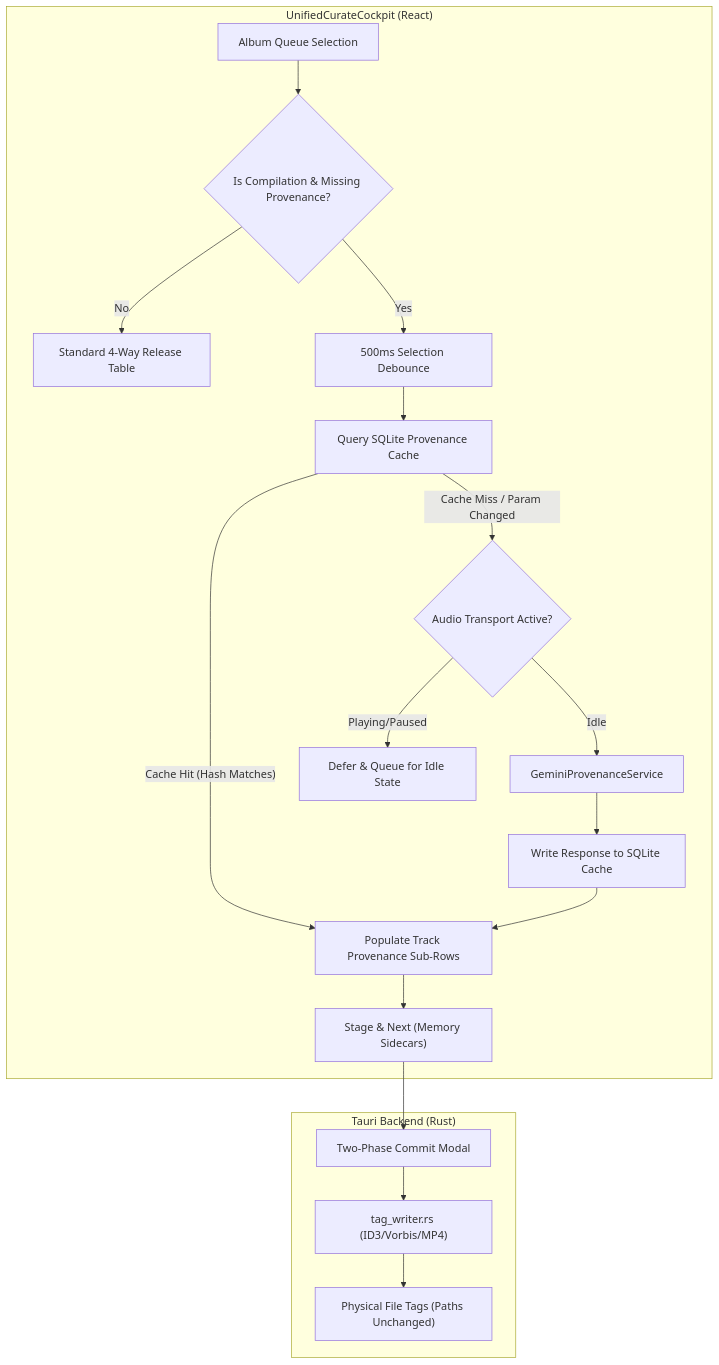
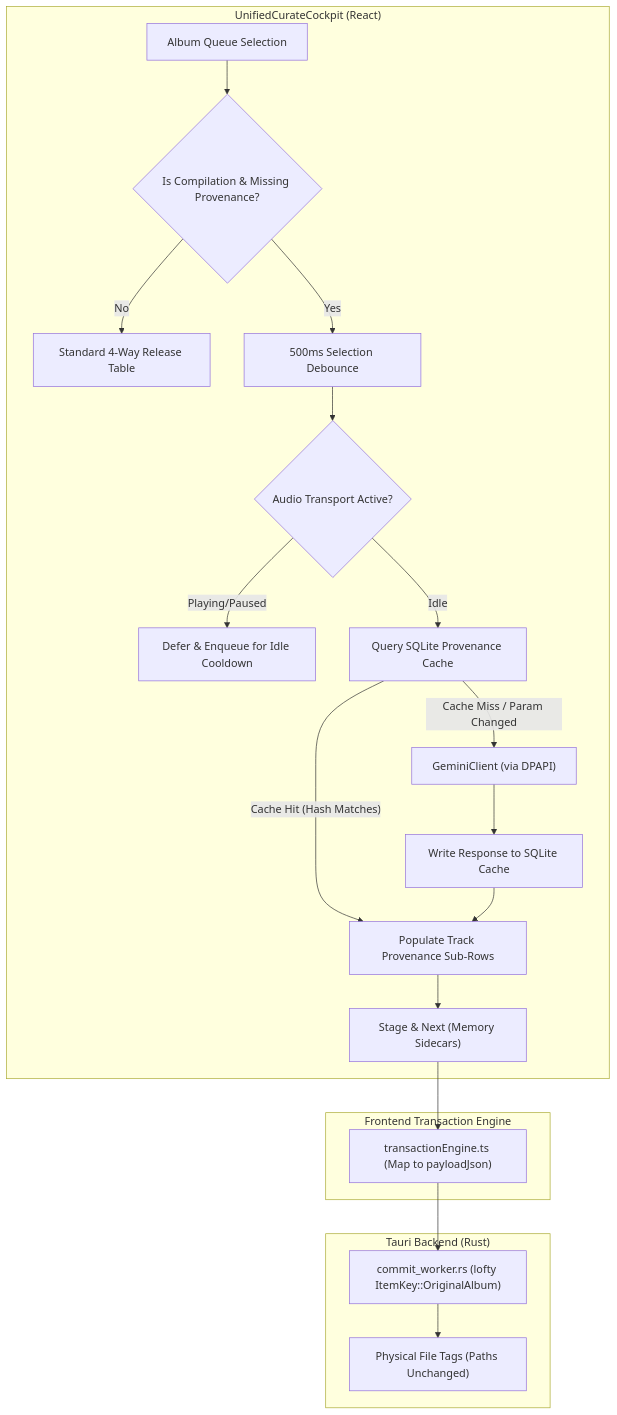
The diagram in docs/designs/COMPILATION_SOUNDTRACK_PROVENANCE_AND_CACHE_ARCHITECTURE.md (matbhuvi-tech/Cadence), drawn with Mermaid before and after one commit. The commit also changed other lines of this file, not shown here.

Commit message:
docs(design): resolve all EGM review findings in compilation soundtrack provenance architecture

````diff
--- a/docs/designs/COMPILATION_SOUNDTRACK_PROVENANCE_AND_CACHE_ARCHITECTURE.md
+++ b/docs/designs/COMPILATION_SOUNDTRACK_PROVENANCE_AND_CACHE_ARCHITECTURE.md
@@ -58,22 +58,25 @@
 ```mermaid
 flowchart TD
     subgraph UI["UnifiedCurateCockpit (React)"]
         Queue["Album Queue Selection"] --> CheckComp{"Is Compilation & Missing Provenance?"}
         CheckComp -- "No" --> Standard["Standard 4-Way Release Table"]
         CheckComp -- "Yes" --> Debounce["500ms Selection Debounce"]
-        Debounce --> CacheCheck["Query SQLite Provenance Cache"]
+        Debounce --> TransportGuard{"Audio Transport Active?"}
+        TransportGuard -- "Playing/Paused" --> Defer["Defer & Enqueue for Idle Cooldown"]
+        TransportGuard -- "Idle" --> CacheCheck["Query SQLite Provenance Cache"]
         CacheCheck -- "Cache Hit (Hash Matches)" --> PopulateUI["Populate Track Provenance Sub-Rows"]
-        CacheCheck -- "Cache Miss / Param Changed" --> TransportGuard{"Audio Transport Active?"}
-        TransportGuard -- "Playing/Paused" --> Defer["Defer & Queue for Idle State"]
-        TransportGuard -- "Idle" --> GeminiService["GeminiProvenanceService"]
+        CacheCheck -- "Cache Miss / Param Changed" --> GeminiService["GeminiClient (via DPAPI)"]
         GeminiService --> WriteCache["Write Response to SQLite Cache"]
         WriteCache --> PopulateUI
         PopulateUI --> Stage["Stage & Next (Memory Sidecars)"]
     end
 
+    subgraph Core["Frontend Transaction Engine"]
+        Stage --> TxEngine["transactionEngine.ts (Map to payloadJson)"]
+    end
+
     subgraph Native["Tauri Backend (Rust)"]
-        Stage --> CommitModal["Two-Phase Commit Modal"]
-        CommitModal --> TagWriter["tag_writer.rs (ID3/Vorbis/MP4)"]
-        TagWriter --> DiskFile["Physical File Tags (Paths Unchanged)"]
+        TxEngine --> CommitWorker["commit_worker.rs (lofty ItemKey::OriginalAlbum)"]
+        CommitWorker --> DiskFile["Physical File Tags (Paths Unchanged)"]
     end
 ```
````
